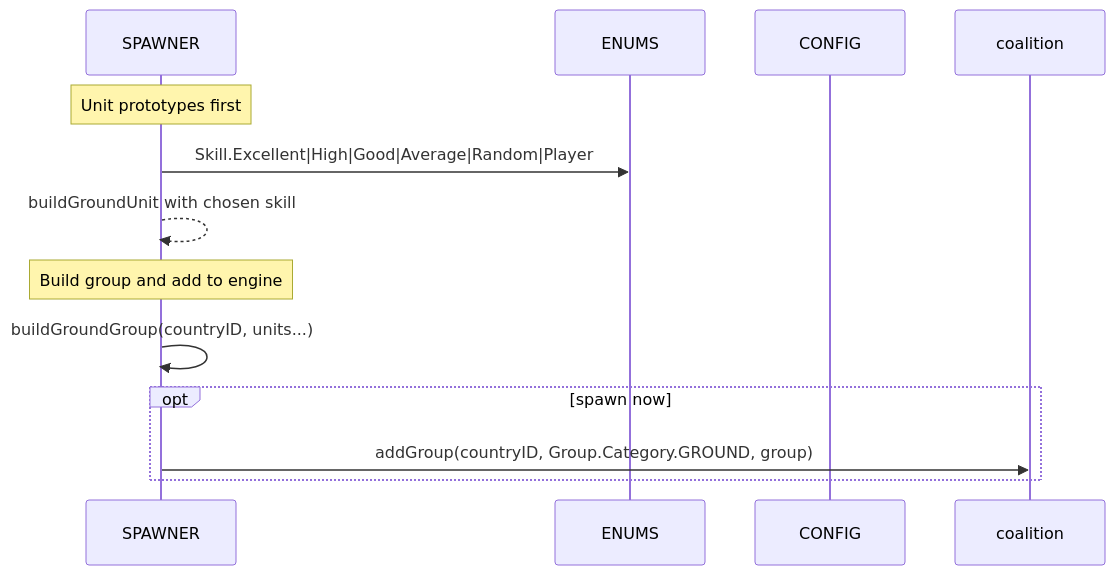
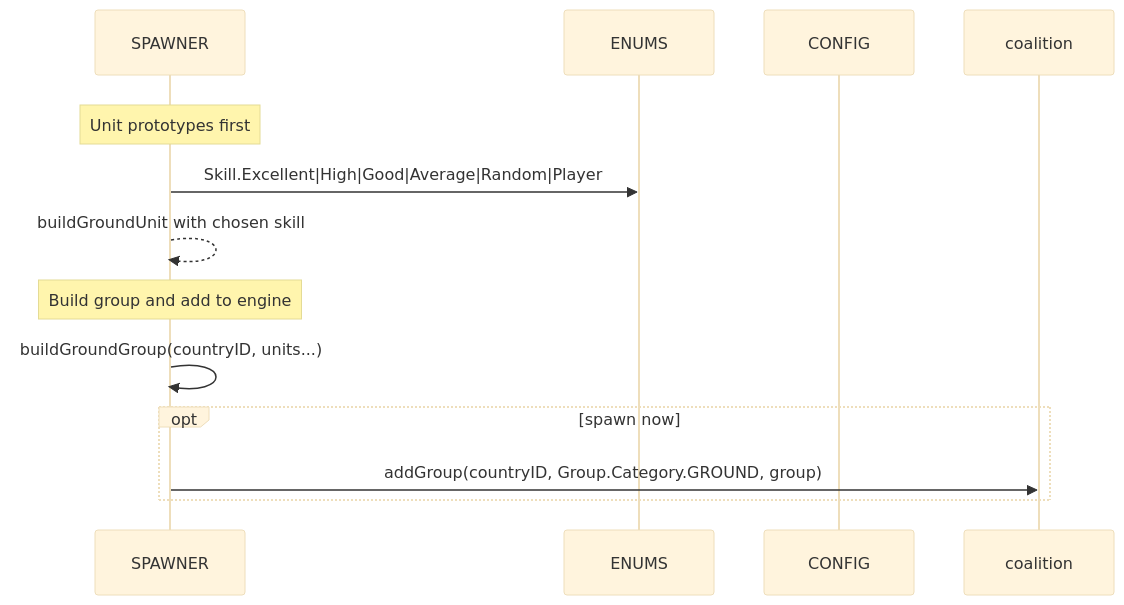
Before and after one commit to Gh0st352/AETHR: the second of 3 diagrams in docs/enums/countries_and_skill.md, drawn with Mermaid. The commit also changed other lines of this file and 7 other files, not shown here.

First line of the commit message:
docs(enums): add structured mermaid styling and subgraphs

````diff
--- a/docs/enums/countries_and_skill.md
+++ b/docs/enums/countries_and_skill.md
@@ -43,15 +84,20 @@
 ```mermaid
+%%{init: {"theme":"base"}}%%
 sequenceDiagram
   participant SP as SPAWNER
   participant EN as ENUMS
   participant CFG as CONFIG
   participant DCS as coalition
-  note over SP: Unit prototypes first
-  SP->>EN: Skill.Excellent|High|Good|Average|Random|Player
-  SP-->>SP: buildGroundUnit with chosen skill
-  note over SP: Build group and add to engine
-  SP->>SP: buildGroundGroup(countryID, units...)
-  opt spawn now
-    SP->>DCS: addGroup(countryID, Group.Category.GROUND, group)
+
+  rect rgba(255, 255, 255, 0.75)
+    Note over SP: Unit prototypes first
+    SP->>EN: Skill.Excellent|High|Good|Average|Random|Player
+    SP-->>SP: buildGroundUnit with chosen skill
+
+    Note over SP: Build group and add to engine
+    SP->>SP: buildGroundGroup(countryID, units...)
+    opt spawn now
+      SP->>DCS: addGroup(countryID, Group.Category.GROUND, group)
+    end
   end
 ```
````
